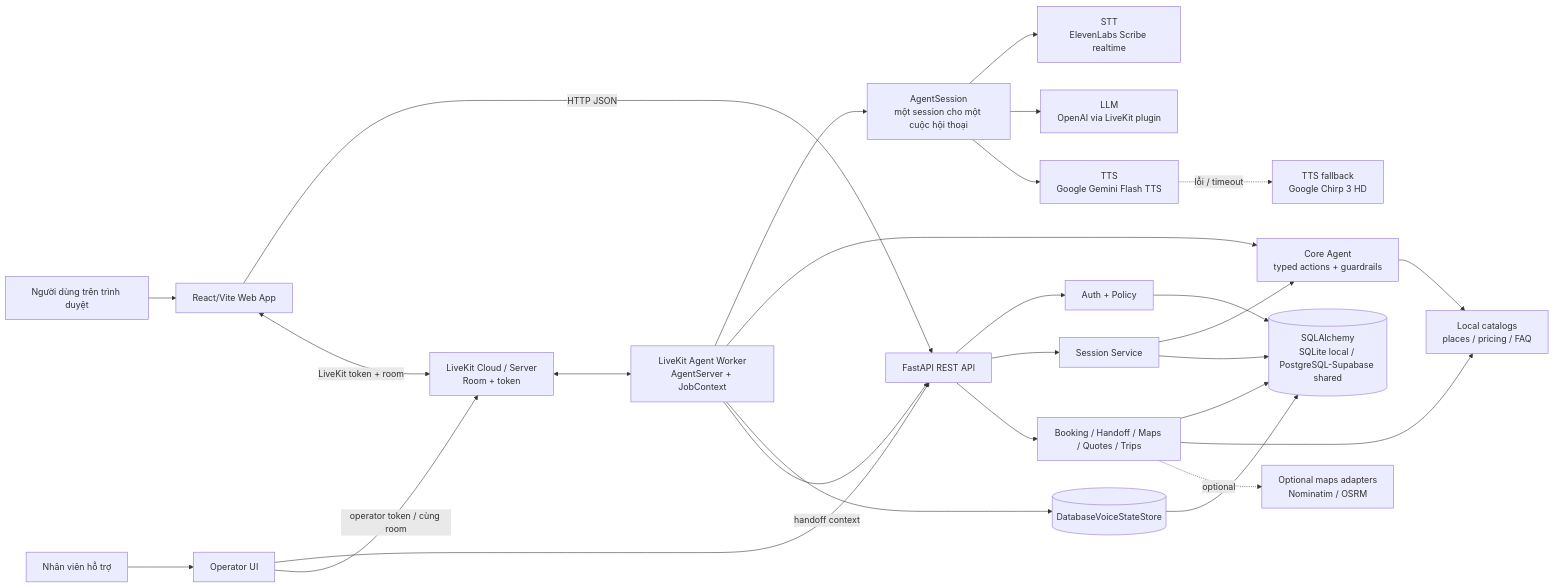
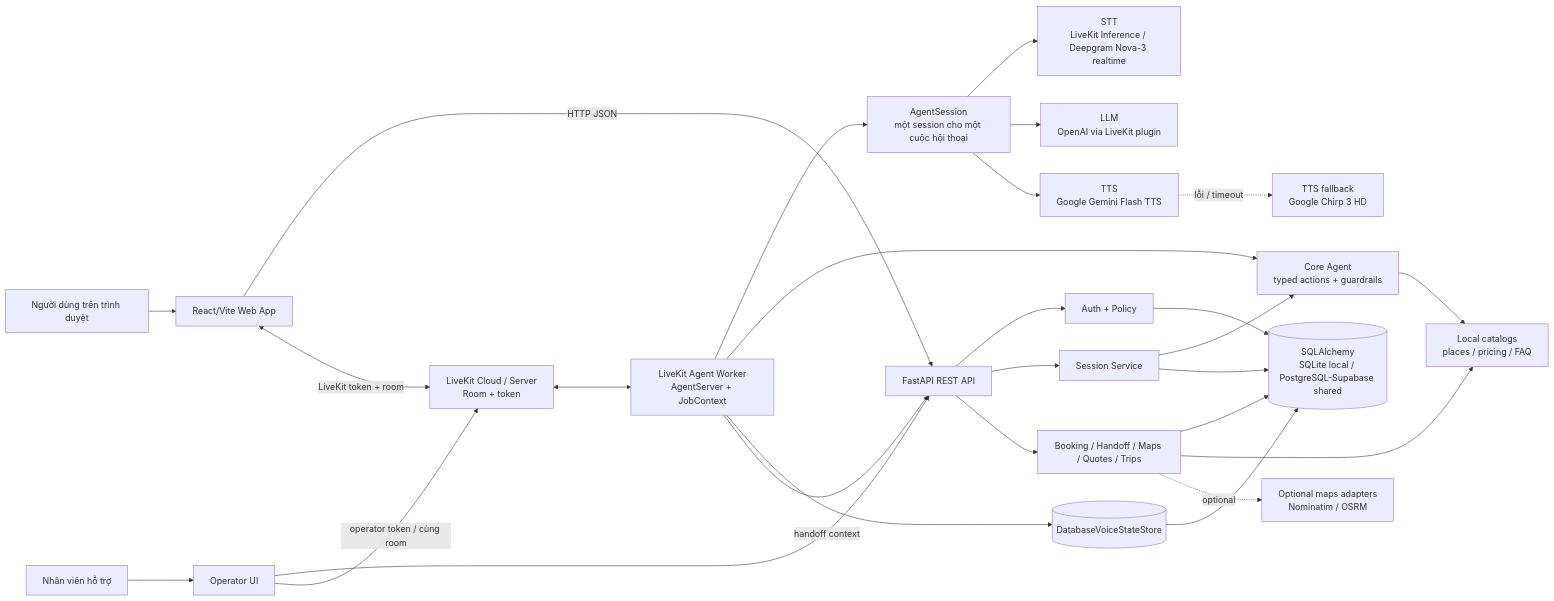
One commit to NamKhanh2128/OlaSM changed the diagram in docs/architecture_diagram.md. Above: the diagram before and after it, drawn with Mermaid. The commit also changed other lines of this file and 36 other files, not shown here.

```diff
--- a/docs/architecture_diagram.md
+++ b/docs/architecture_diagram.md
@@ -23,50 +23,50 @@
 ~~~mermaid
 flowchart LR
     U[Người dùng trên trình duyệt]
     FE[React/Vite Web App]
     API[FastAPI REST API]
     AUTH[Auth + Policy]
     SES[Session Service]
     AGENT[Core Agent<br/>typed actions + guardrails]
     DOMAIN[Booking / Handoff / Maps / Quotes / Trips]
     DB[(SQLAlchemy<br/>SQLite local / PostgreSQL-Supabase shared)]
     STORE[(DatabaseVoiceStateStore)]
     LK[LiveKit Cloud / Server<br/>Room + token]
     WORKER[LiveKit Agent Worker<br/>AgentServer + JobContext]
     AS[AgentSession<br/>một session cho một cuộc hội thoại]
-    STT[STT<br/>ElevenLabs Scribe realtime]
+    STT[STT<br/>LiveKit Inference / Deepgram Nova-3 realtime]
     LLM[LLM<br/>OpenAI via LiveKit plugin]
     TTS[TTS<br/>Google Gemini Flash TTS]
     FALLBACK[TTS fallback<br/>Google Chirp 3 HD]
     CAT[Local catalogs<br/>places / pricing / FAQ]
     MAPS[Optional maps adapters<br/>Nominatim / OSRM]
     OP[Operator UI]
     HUMAN[Nhân viên hỗ trợ]
 
     U --> FE
     FE -->|HTTP JSON| API
     FE <-->|LiveKit token + room| LK
     API --> AUTH
     API --> SES
     SES --> AGENT
     API --> DOMAIN
     AUTH --> DB
     SES --> DB
     DOMAIN --> DB
     AGENT --> CAT
     DOMAIN --> CAT
     DOMAIN -. optional .-> MAPS
     LK <--> WORKER
     WORKER --> AS
     AS --> STT
     AS --> LLM
     AS --> TTS
     TTS -. lỗi / timeout .-> FALLBACK
     WORKER --> AGENT
     WORKER --> STORE
     STORE --> DB
     OP --> API
     OP -->|operator token / cùng room| LK
     HUMAN --> OP
     WORKER -->|handoff context| API
 ~~~
```
